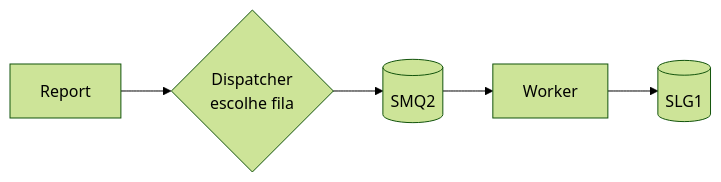
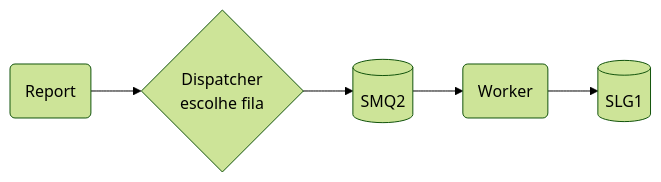
Before and after one commit to edmilson-nascimento/queue-process: the first of 2 diagrams in README.md, drawn with Mermaid (forest theme). The commit also changed other lines of this file, not shown here.

Commit message:
Refactor flowchart syntax in README.md for improved clarity and consistency

````diff
--- a/README.md
+++ b/README.md
@@ -21,7 +21,7 @@
 ```mermaid
 flowchart LR
-    R[Report] --> D{Dispatcher<br/>escolhe fila}
-    D --> Q[(SMQ2)]
-    Q --> W[Worker]
-    W --> L[(SLG1)]
+    R("Report") --> D{"Dispatcher<br/>escolhe fila"}
+    D --> Q[("SMQ2")]
+    Q --> W("Worker")
+    W --> L[("SLG1")]
 ```
````
